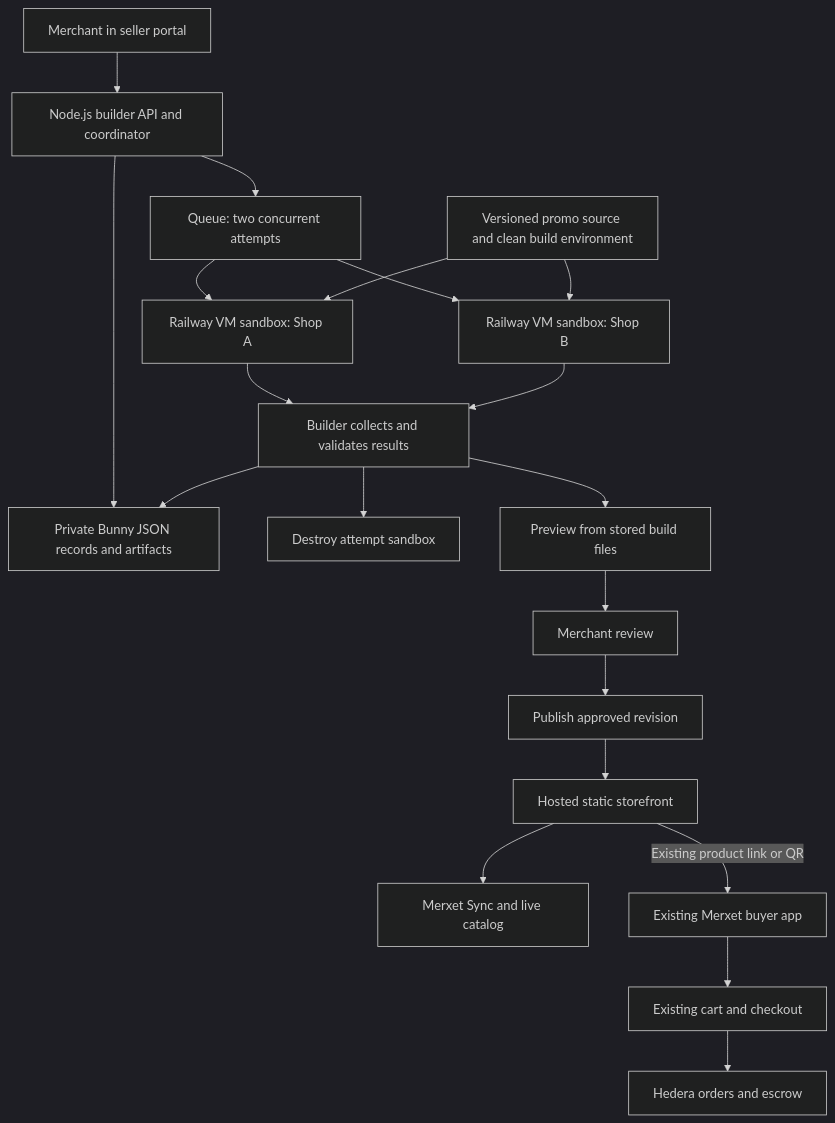
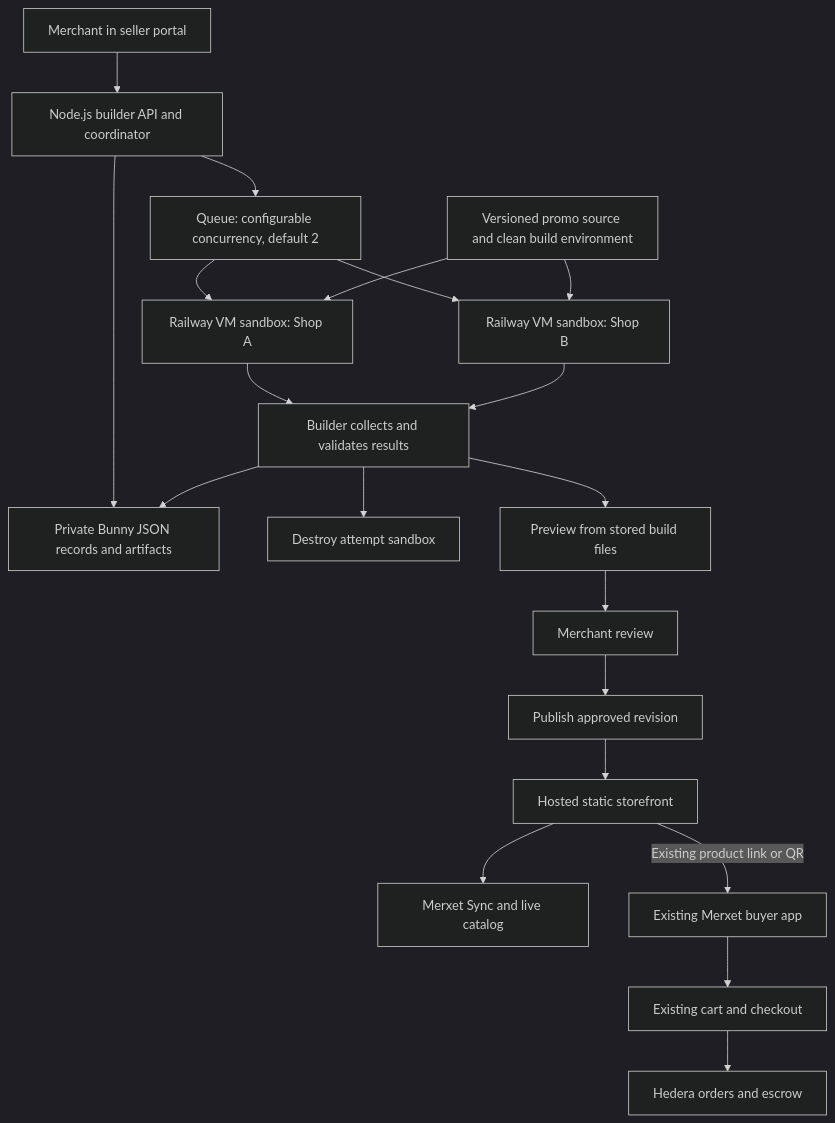
Before and after one commit to landofcash/merxet: the diagram in MERXET_STOREFRONTS_IMPLEMENTATION_OVERVIEW.md, drawn with Mermaid (dark theme). The commit also changed other lines of this file and 64 other files, not shown here.

````diff
--- a/MERXET_STOREFRONTS_IMPLEMENTATION_OVERVIEW.md
+++ b/MERXET_STOREFRONTS_IMPLEMENTATION_OVERVIEW.md
@@ -34,22 +36,22 @@
 ```mermaid
 flowchart TD
     Seller[Merchant in seller portal] --> Builder[Node.js builder API and coordinator]
     Builder --> Records[Private Bunny JSON records and artifacts]
-    Builder --> Queue[Queue: two concurrent attempts]
+    Builder --> Queue[Queue: configurable concurrency, default 2]
     Queue --> SandboxA[Railway VM sandbox: Shop A]
     Queue --> SandboxB[Railway VM sandbox: Shop B]
     Promo[Versioned promo source and clean build environment] --> SandboxA
     Promo --> SandboxB
     SandboxA --> Collect[Builder collects and validates results]
     SandboxB --> Collect
     Collect --> Records
     Collect --> Cleanup[Destroy attempt sandbox]
     Collect --> Preview[Preview from stored build files]
     Preview --> Review[Merchant review]
     Review --> Publish[Publish approved revision]
     Publish --> Shop[Hosted static storefront]
     Shop --> Sync[Merxet Sync and live catalog]
     Shop -->|Existing product link or QR| Buyer[Existing Merxet buyer app]
     Buyer --> Cart[Existing cart and checkout]
     Cart --> Hedera[Hedera orders and escrow]
 ```
````
